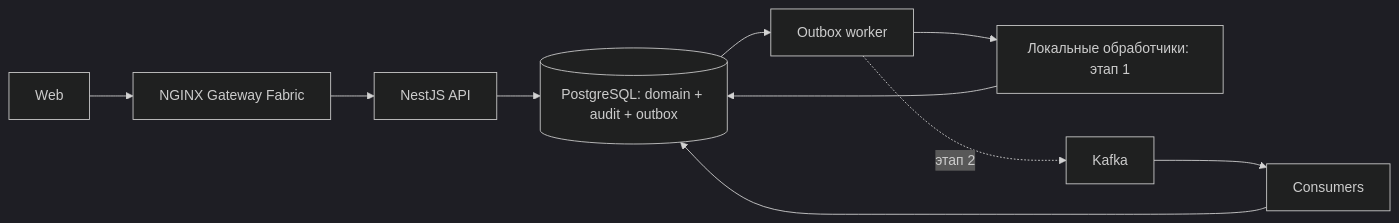
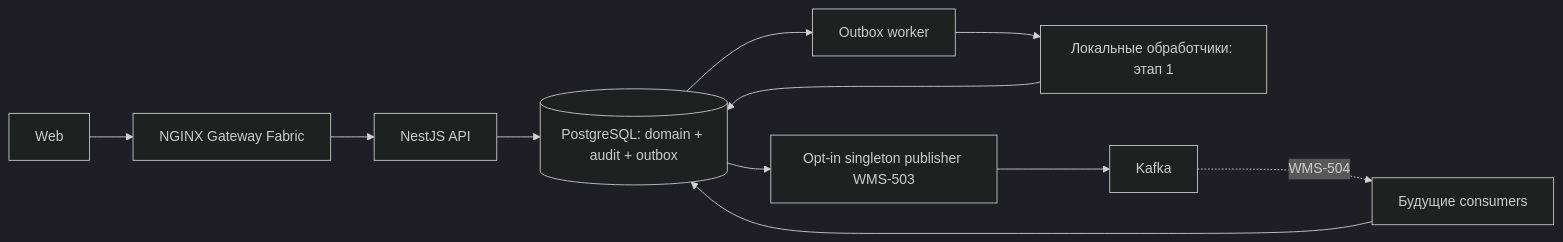
The diagram in docs/architecture.md (alekseishmidko/warehouse-control), drawn with Mermaid (dark theme) before and after one commit. The commit also changed other lines of this file and 54 other files, not shown here.

````diff
--- a/docs/architecture.md
+++ b/docs/architecture.md
@@ -64,12 +65,13 @@
 ```mermaid
 flowchart LR
   UI[Web] --> GW[NGINX Gateway Fabric]
   GW --> API[NestJS API]
   API --> PG[(PostgreSQL: domain + audit + outbox)]
   PG --> W[Outbox worker]
   W --> H[Локальные обработчики: этап 1]
-  W -. этап 2 .-> K[Kafka]
-  K --> C[Consumers]
+  PG --> P[Opt-in singleton publisher WMS-503]
+  P --> K[Kafka]
+  K -. WMS-504 .-> C[Будущие consumers]
   H --> PG
   C --> PG
 ```
````
